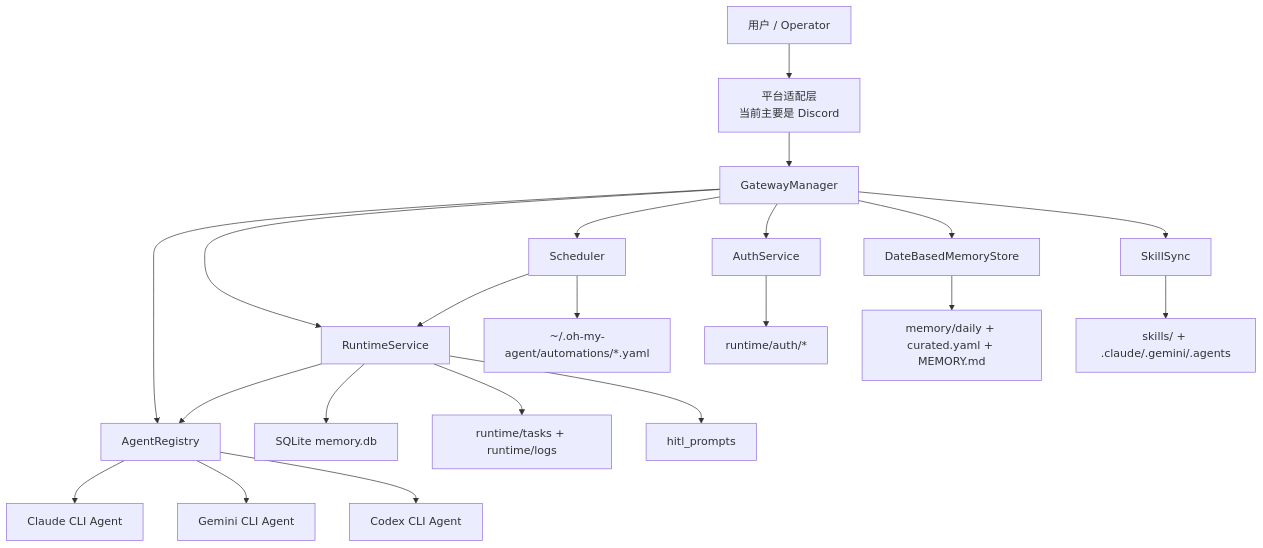
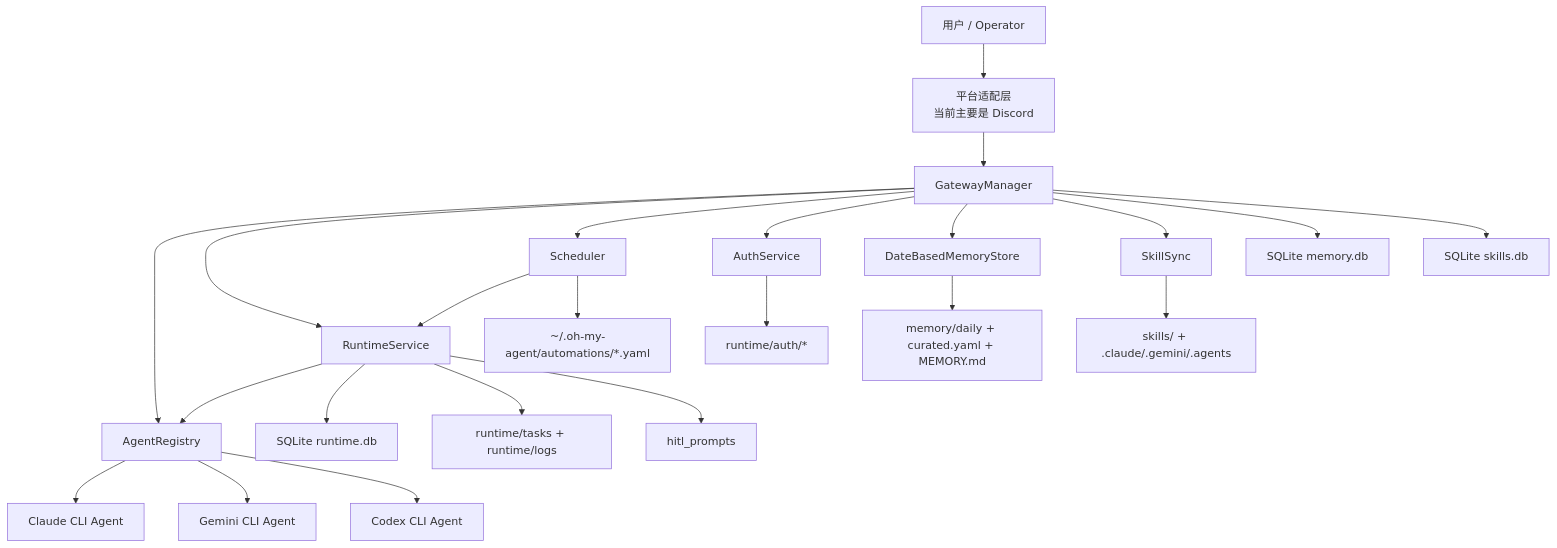
Before and after one commit to TCoherence/oh-my-agent: the first of 6 diagrams in docs/CN/architecture.md, drawn with Mermaid. The commit also changed other lines of this file and 8 other files, not shown here.

Commit message:
Split SQLite memory store into conversation runtime and skills DBs

````diff
--- a/docs/CN/architecture.md
+++ b/docs/CN/architecture.md
@@ -17,28 +17,30 @@
 ```mermaid
 flowchart TD
     U["用户 / Operator"] --> P["平台适配层<br/>当前主要是 Discord"]
     P --> GM["GatewayManager"]
 
     GM --> AR["AgentRegistry"]
     AR --> A1["Claude CLI Agent"]
     AR --> A2["Gemini CLI Agent"]
     AR --> A3["Codex CLI Agent"]
 
     GM --> RT["RuntimeService"]
     GM --> SCH["Scheduler"]
     GM --> AUTH["AuthService"]
     GM --> MEM["DateBasedMemoryStore"]
     GM --> SS["SkillSync"]
 
     RT --> AR
-    RT --> DB["SQLite memory.db"]
+    RT --> DB["SQLite runtime.db"]
+    GM --> CDB["SQLite memory.db"]
+    GM --> SDB["SQLite skills.db"]
     RT --> FS["runtime/tasks + runtime/logs"]
     RT --> HITL["hitl_prompts"]
 
     SCH --> RT
     SCH --> AF["~/.oh-my-agent/automations/*.yaml"]
 
     AUTH --> AUTHFS["runtime/auth/*"]
     MEM --> MEMFS["memory/daily + curated.yaml + MEMORY.md"]
     SS --> SK["skills/ + .claude/.gemini/.agents"]
 ```
````
